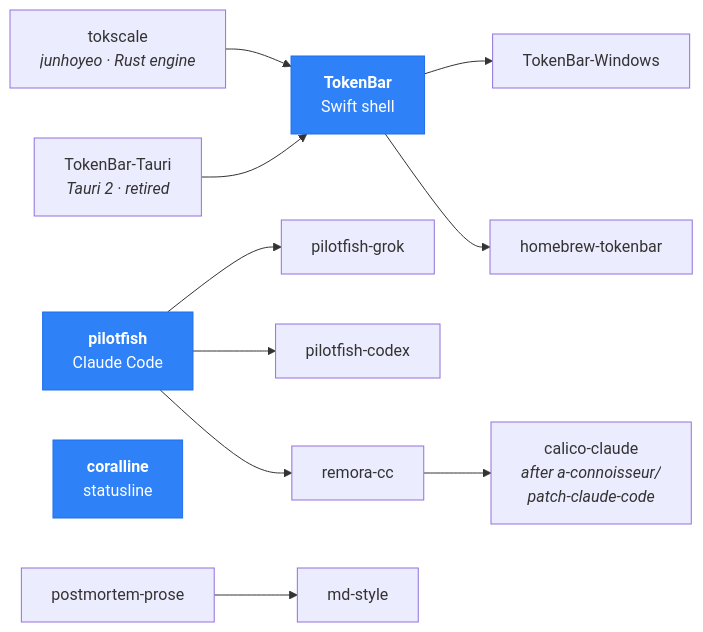
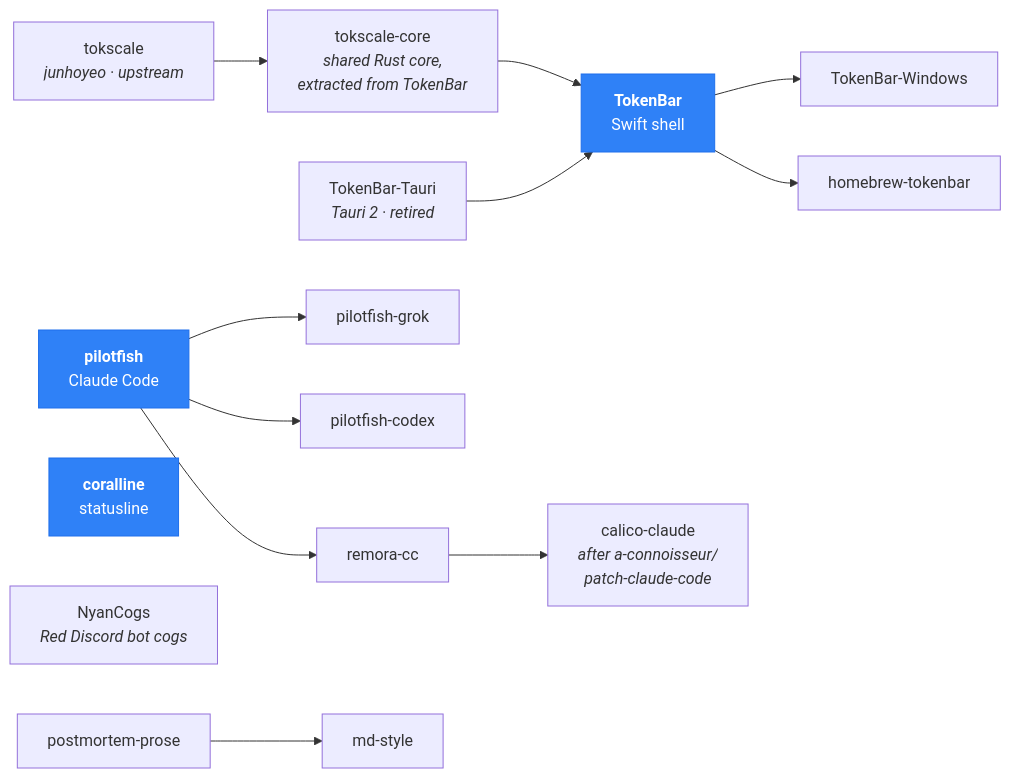
Before and after one commit to Nanako0129/Nanako0129: the diagram in README.md, drawn with Mermaid.

First paragraph of the commit message:
docs(readme): place tokscale-core and NyanCogs on the lineage graph
The Mermaid lineage under `tree ~/projects --lineage` still drew
junhoyeo/tokscale feeding TokenBar through a single edge, which stopped
describing the repository set when tokscale-core was created on 2026-07-28.

````diff
--- a/README.md
+++ b/README.md
@@ -118,18 +118,20 @@
 ```mermaid
 graph LR
-  TS["tokscale<br/><i>junhoyeo · Rust engine</i>"] --> T2
+  TS["tokscale<br/><i>junhoyeo · upstream</i>"] --> TC["tokscale-core<br/><i>shared Rust core,<br/>extracted from TokenBar</i>"]
+  TC --> T2
   T1["TokenBar-Tauri<br/><i>Tauri 2 · retired</i>"] --> T2["<b>TokenBar</b><br/>Swift shell"]
   T2 --> T3["TokenBar-Windows"]
   T2 --> T4["homebrew-tokenbar"]
 
   P1["<b>pilotfish</b><br/>Claude Code"] --> P2["pilotfish-grok"]
   P1 --> P3["pilotfish-codex"]
   P1 --> P4["remora-cc"]
   P4 --> P5["calico-claude<br/><i>after a-connoisseur/<br/>patch-claude-code</i>"]
 
   C1["<b>coralline</b><br/>statusline"]
+  N1["NyanCogs<br/><i>Red Discord bot cogs</i>"]
   W1["postmortem-prose"] --> W2["md-style"]
 
   classDef flagship fill:#2f81f7,stroke:#1f6feb,color:#fff
   class T2,P1,C1 flagship
 ```
````
